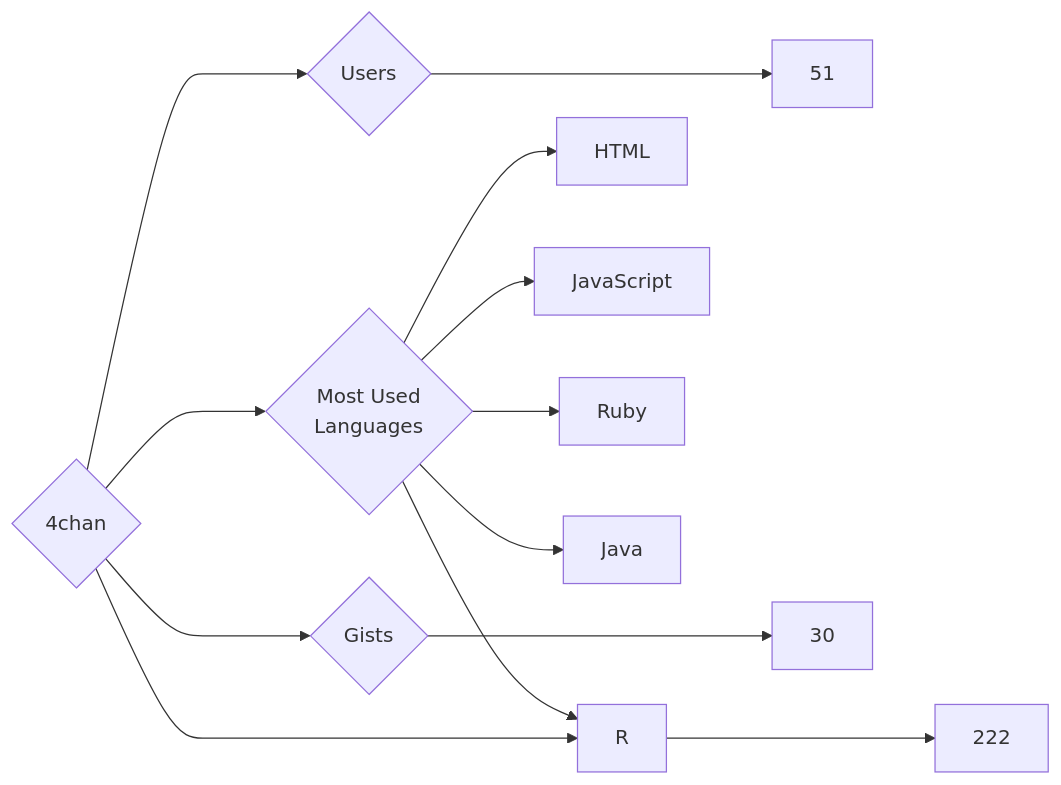
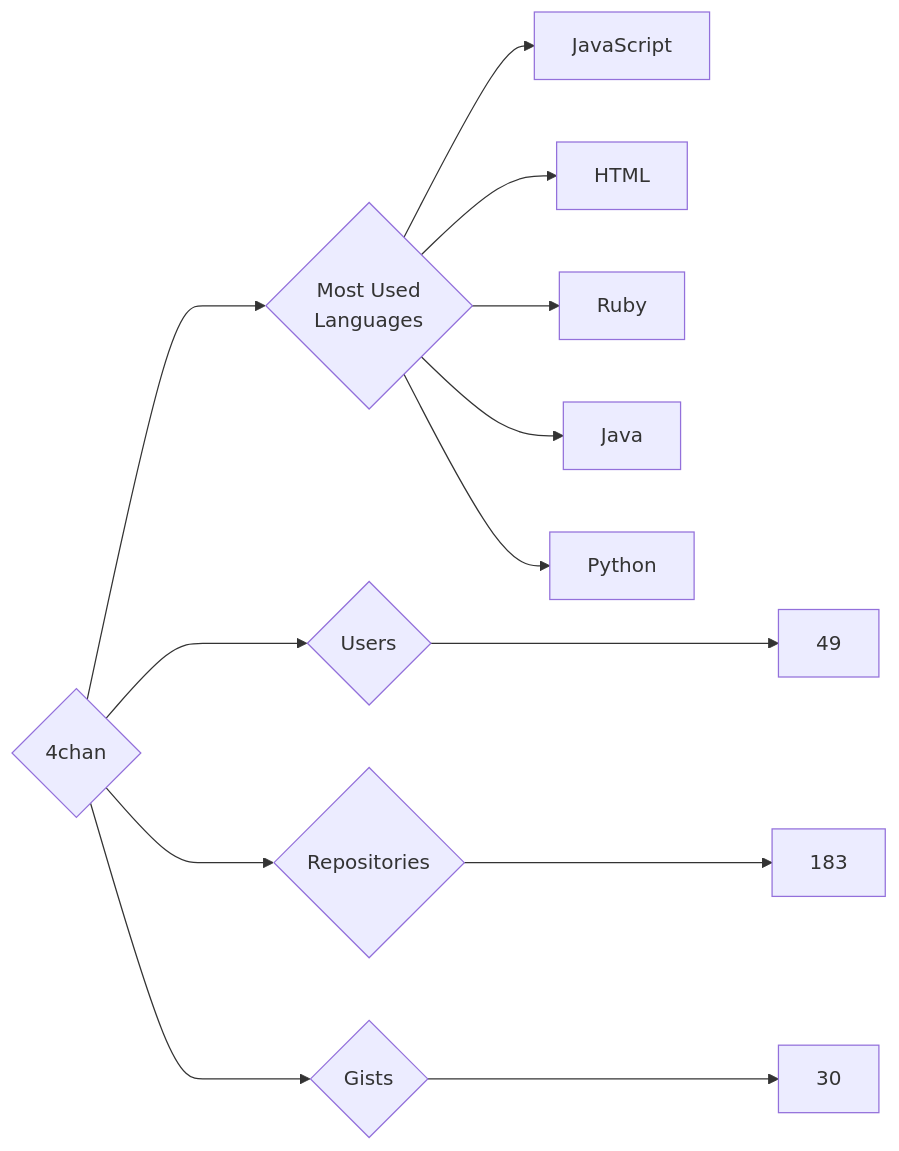
The diagram in targets/4chan/README.md (trickest/insiders), drawn with Mermaid before and after one commit. The commit also changed 1078 other files, not shown here.

````diff
--- a/targets/4chan/README.md
+++ b/targets/4chan/README.md
@@ -3,13 +3,13 @@
 ```mermaid
 graph LR
 COMPANY_NAME{4chan}
-COMPANY_NAME ---> U{Users} ---> UN[51]
-COMPANY_NAME ---> R{Repositories} ---> RN[222]
+COMPANY_NAME ---> U{Users} ---> UN[49]
+COMPANY_NAME ---> R{Repositories} ---> RN[183]
 COMPANY_NAME ---> G{Gists} ---> GN[30]
 COMPANY_NAME ---> ML{Most Used<br>Languages}
+ML --> JavaScript[JavaScript]
 ML --> HTML[HTML]
-ML --> JavaScript[JavaScript]
 ML --> Ruby[Ruby]
-ML --> R[R]
 ML --> Java[Java]
+ML --> Python[Python]
 ```
````
